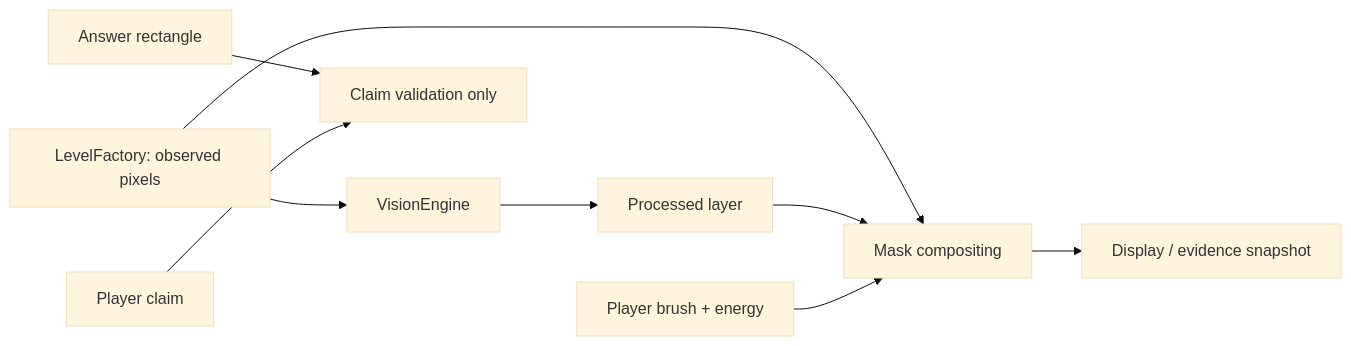
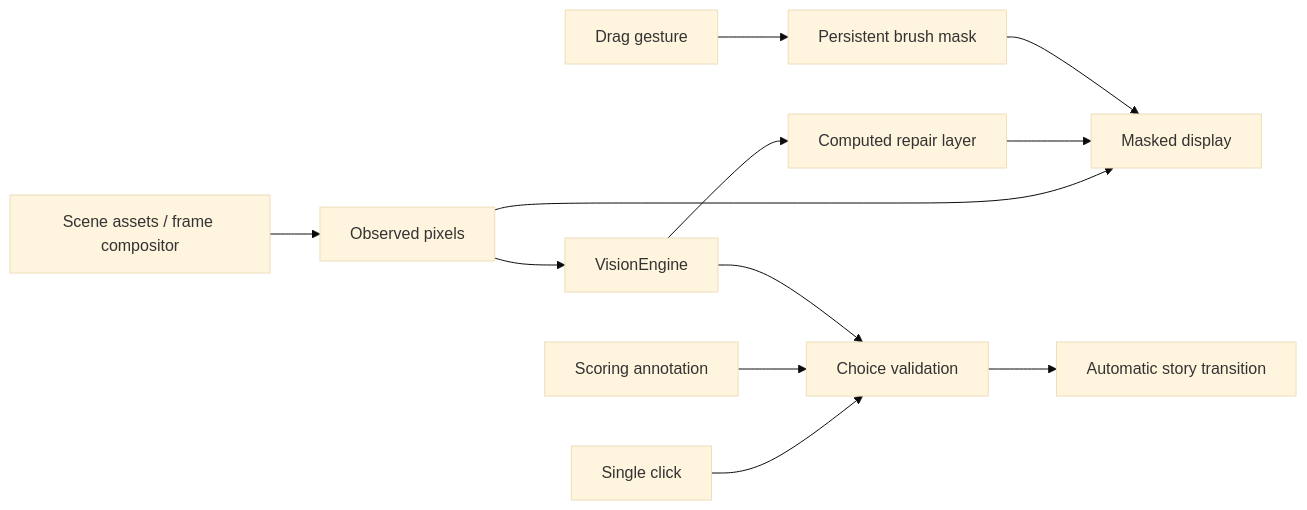
One commit to TTTracieee/mirror-archive changed the diagram in docs/TECHNICAL.md. Above: the diagram before and after it, drawn with Mermaid (base theme). The commit also changed other lines of this file and 18 other files, not shown here.

````diff
--- a/docs/TECHNICAL.md
+++ b/docs/TECHNICAL.md
@@ -15,11 +17,14 @@
 ```mermaid
 flowchart LR
-  A[LevelFactory: observed pixels] --> B[VisionEngine]
-  B --> C[Processed layer]
-  A --> D[Mask compositing]
-  C --> D
-  E[Player brush + energy] --> D
-  D --> F[Display / evidence snapshot]
-  G[Answer rectangle] --> H[Claim validation only]
-  I[Player claim] --> H
+  A[Scene assets / frame compositor] --> B[Observed pixels]
+  B --> C[VisionEngine]
+  C --> D[Computed repair layer]
+  B --> E[Masked display]
+  D --> E
+  F[Drag gesture] --> G[Persistent brush mask]
+  G --> E
+  H[Single click] --> I[Choice validation]
+  J[Scoring annotation] --> I
+  C --> I
+  I --> K[Automatic story transition]
 ```
````
